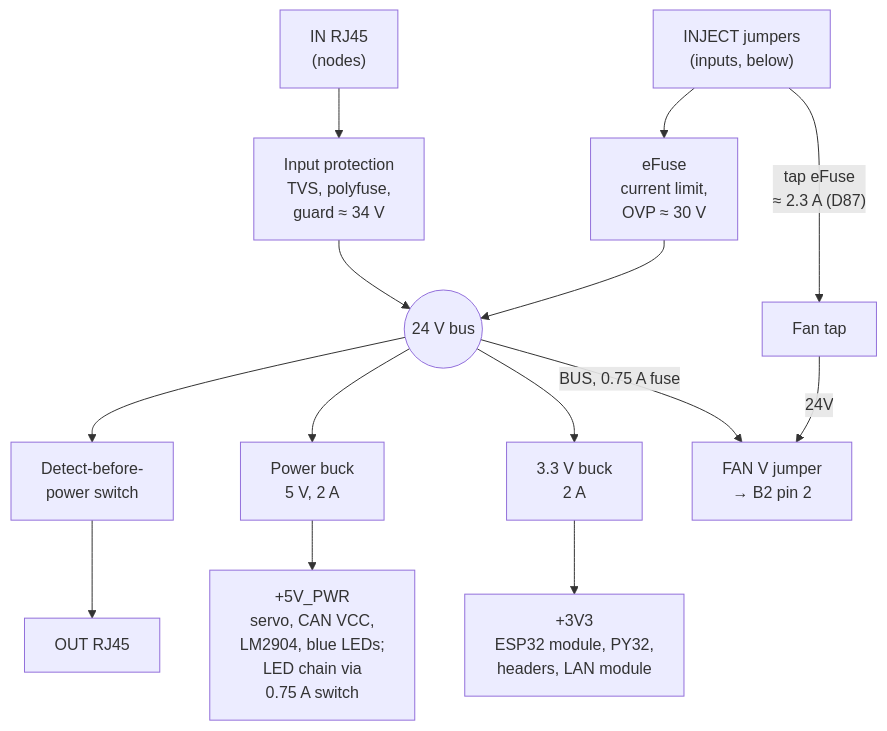
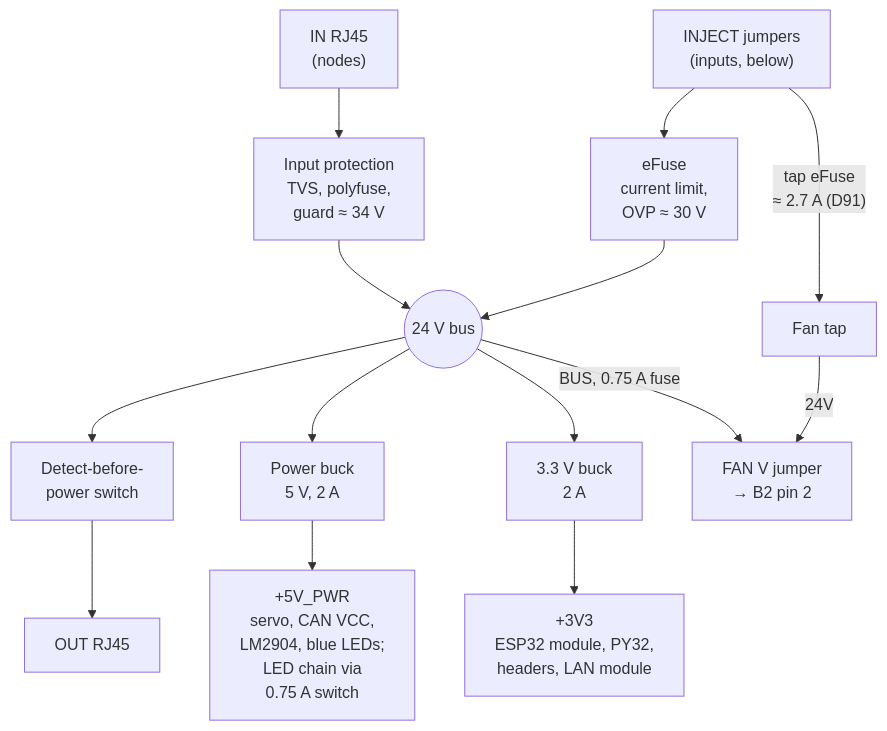
The first of 3 diagrams in docs/02_hardware_specification.md (BashfulBits/3dp-fleet-exhaust), drawn with Mermaid before and after one commit. The commit also changed other lines of this file and 4 other files, not shown here.

First line of the commit message:
D91: fan-tap limit 2.7 A and an ideal diode on BAR

````diff
--- a/docs/02_hardware_specification.md
+++ b/docs/02_hardware_specification.md
@@ -55,13 +55,13 @@
 ```mermaid
 flowchart TB
   IN["IN RJ45<br>(nodes)"] --> PROT["Input protection<br>TVS, polyfuse,<br>guard ≈ 34 V"]
   INJ["INJECT jumpers<br>(inputs, below)"] --> EF["eFuse<br>current limit,<br>OVP ≈ 30 V"]
   PROT --> BUS(("24 V bus"))
   EF --> BUS
   BUS --> DBP["Detect-before-<br>power switch"] --> OUT["OUT RJ45"]
   BUS --> BP["Power buck<br>5 V, 2 A"] --> P5["+5V_PWR<br>servo, CAN VCC,<br>LM2904, blue LEDs;<br>LED chain via<br>0.75 A switch"]
   BUS --> B3["3.3 V buck<br>2 A"] --> S3["+3V3<br>ESP32 module, PY32,<br>headers, LAN module"]
-  INJ -->|"tap eFuse<br>≈ 2.3 A (D87)"| TAP["Fan tap"]
+  INJ -->|"tap eFuse<br>≈ 2.7 A (D91)"| TAP["Fan tap"]
   TAP -->|"24V"| FV["FAN V jumper<br>→ B2 pin 2"]
   BUS -->|"BUS, 0.75 A fuse"| FV
 ```
````
